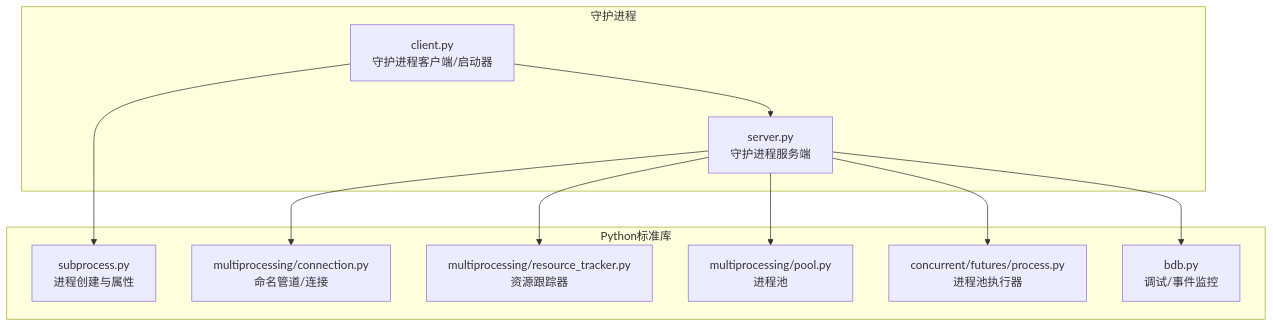
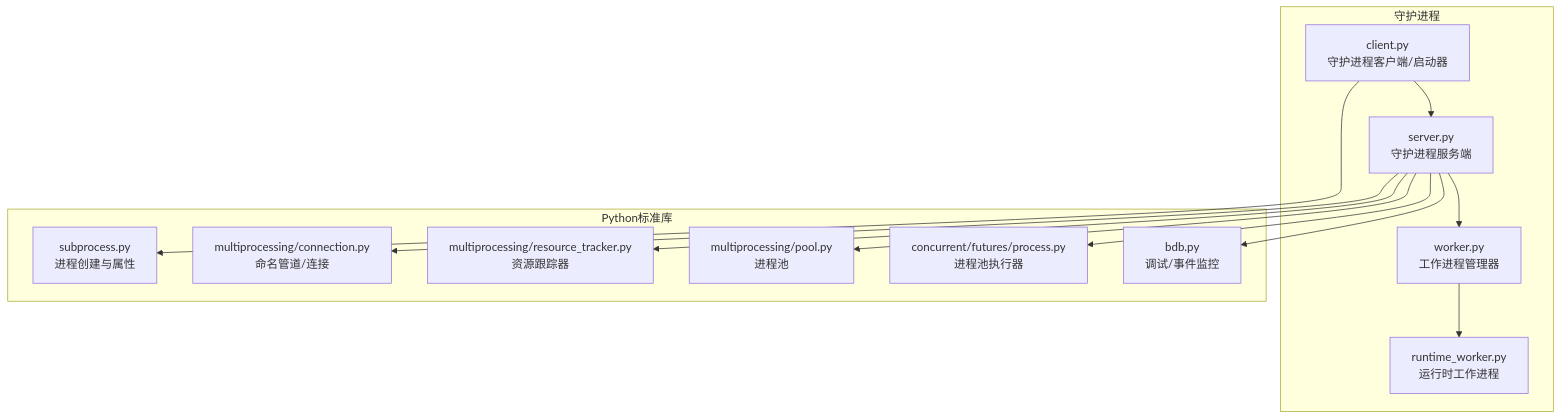
One commit to haolange/RDC-Tool changed the first of 11 diagrams in .qoder/repowiki/zh/content/守护进程架构/进程管理.md. Above: the diagram before and after it, drawn with Mermaid. The commit also changed other lines of this file and 4 other files, not shown here.

````diff
--- a/.qoder/repowiki/zh/content/守护进程架构/进程管理.md
+++ b/.qoder/repowiki/zh/content/守护进程架构/进程管理.md
@@ -46,22 +57,26 @@
 ```mermaid
 graph TB
 subgraph "守护进程"
 S["server.py<br/>守护进程服务端"]
 C["client.py<br/>守护进程客户端/启动器"]
+W["worker.py<br/>工作进程管理器"]
+RW["runtime_worker.py<br/>运行时工作进程"]
 end
 subgraph "Python标准库"
 SP["subprocess.py<br/>进程创建与属性"]
 MP_CONN["multiprocessing/connection.py<br/>命名管道/连接"]
 MP_RT["multiprocessing/resource_tracker.py<br/>资源跟踪器"]
 MP_POOL["multiprocessing/pool.py<br/>进程池"]
 CF_PROC["concurrent/futures/process.py<br/>进程池执行器"]
 BDB["bdb.py<br/>调试/事件监控"]
 end
 C --> S
+S --> W
+W --> RW
 S --> MP_CONN
 C --> SP
 S --> MP_RT
 S --> CF_PROC
 S --> MP_POOL
 S --> BDB
 ```
````
